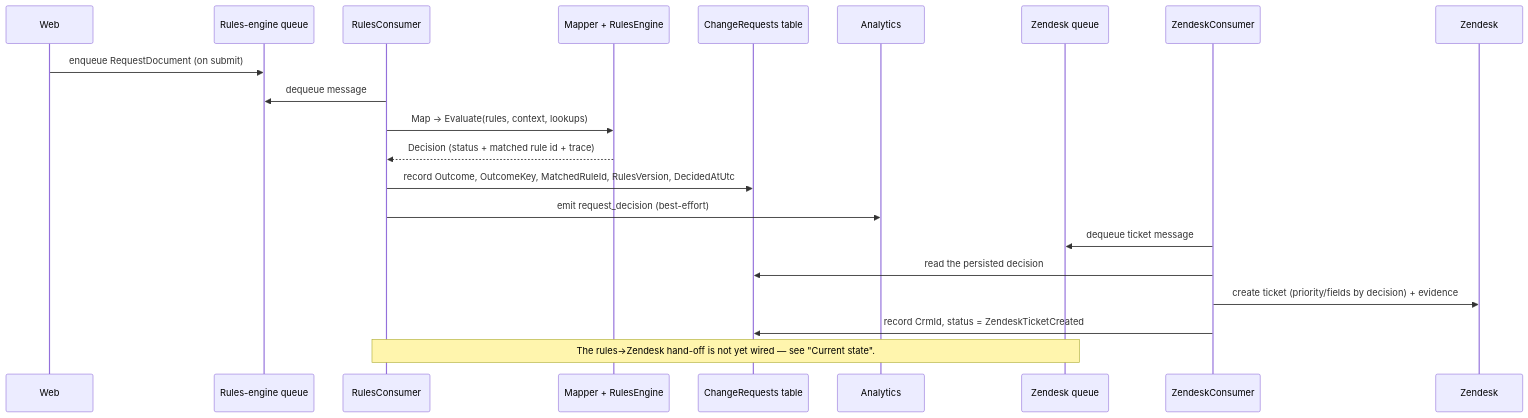
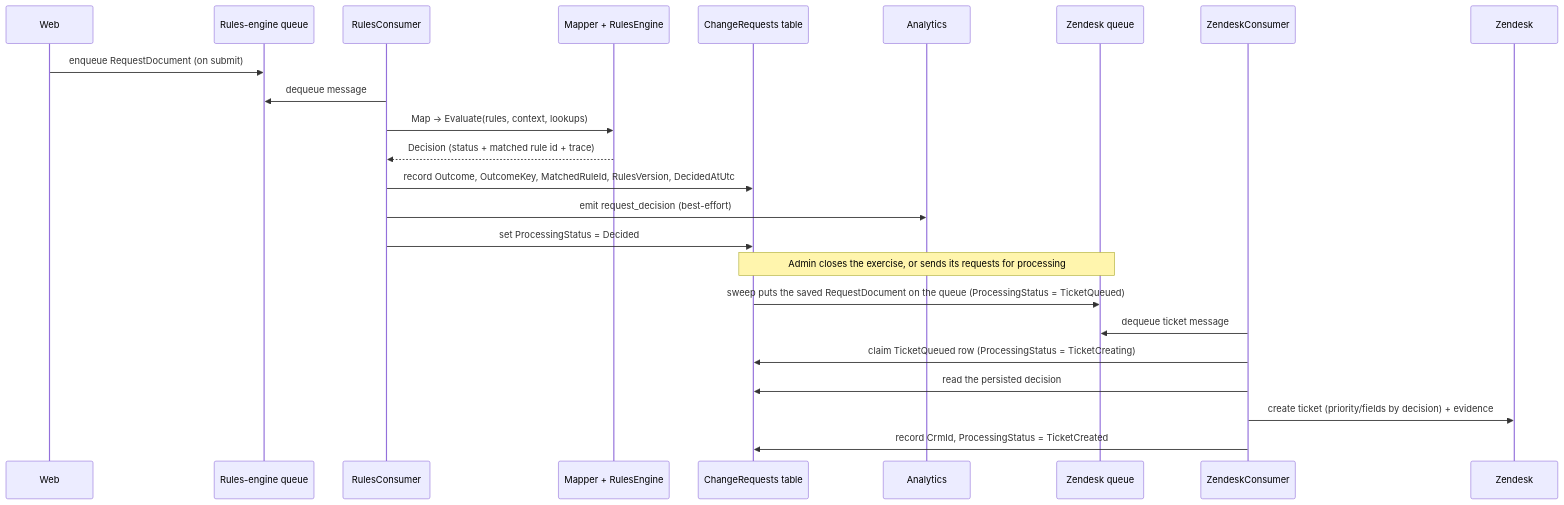
Before and after one commit to DFE-Digital/check-performance-data: the second of 5 diagrams in docs/rules-engine.md, drawn with Mermaid. The commit also changed other lines of this file and 82 other files, not shown here.

Commit message:
Simplifying the request statuses and how the messages flow through Rules Engine and Zendesk sender.

````diff
--- a/docs/rules-engine.md
+++ b/docs/rules-engine.md
@@ -35,24 +35,27 @@
 ```mermaid
 sequenceDiagram
     participant Web
     participant RQ as Rules-engine queue
     participant RC as RulesConsumer
     participant Eng as Mapper + RulesEngine
     participant DB as ChangeRequests table
     participant An as Analytics
     participant ZQ as Zendesk queue
     participant ZC as ZendeskConsumer
     participant Z as Zendesk
 
     Web->>RQ: enqueue RequestDocument (on submit)
     RC->>RQ: dequeue message
     RC->>Eng: Map → Evaluate(rules, context, lookups)
     Eng-->>RC: Decision (status + matched rule id + trace)
     RC->>DB: record Outcome, OutcomeKey, MatchedRuleId, RulesVersion, DecidedAtUtc
     RC->>An: emit request_decision (best-effort)
+    RC->>DB: set ProcessingStatus = Decided
+    Note over DB,ZQ: Admin closes the exercise, or sends its requests for processing
+    DB->>ZQ: sweep puts the saved RequestDocument on the queue (ProcessingStatus = TicketQueued)
     ZC->>ZQ: dequeue ticket message
+    ZC->>DB: claim TicketQueued row (ProcessingStatus = TicketCreating)
     ZC->>DB: read the persisted decision
     ZC->>Z: create ticket (priority/fields by decision) + evidence
-    ZC->>DB: record CrmId, status = ZendeskTicketCreated
-    Note over RC,ZQ: The rules→Zendesk hand-off is not yet wired — see "Current state".
+    ZC->>DB: record CrmId, ProcessingStatus = TicketCreated
 ```
````
